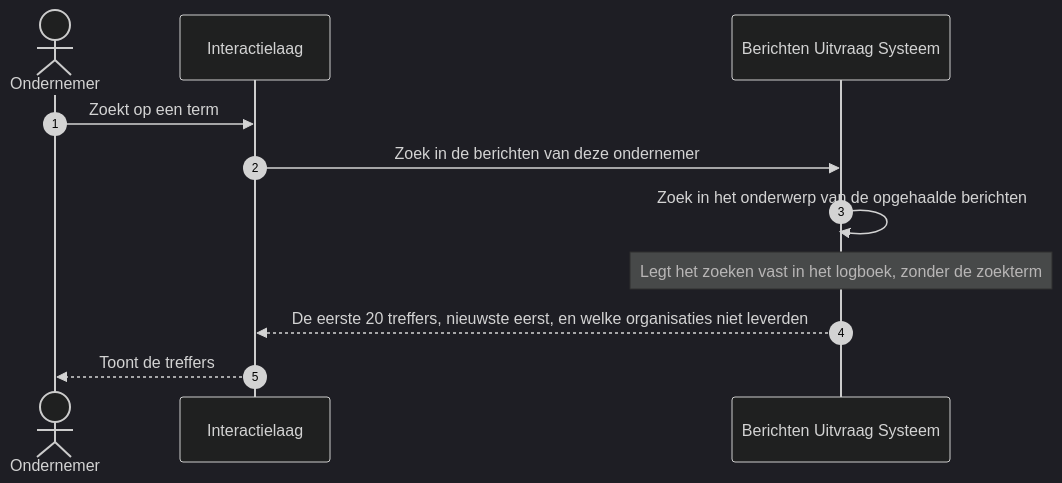
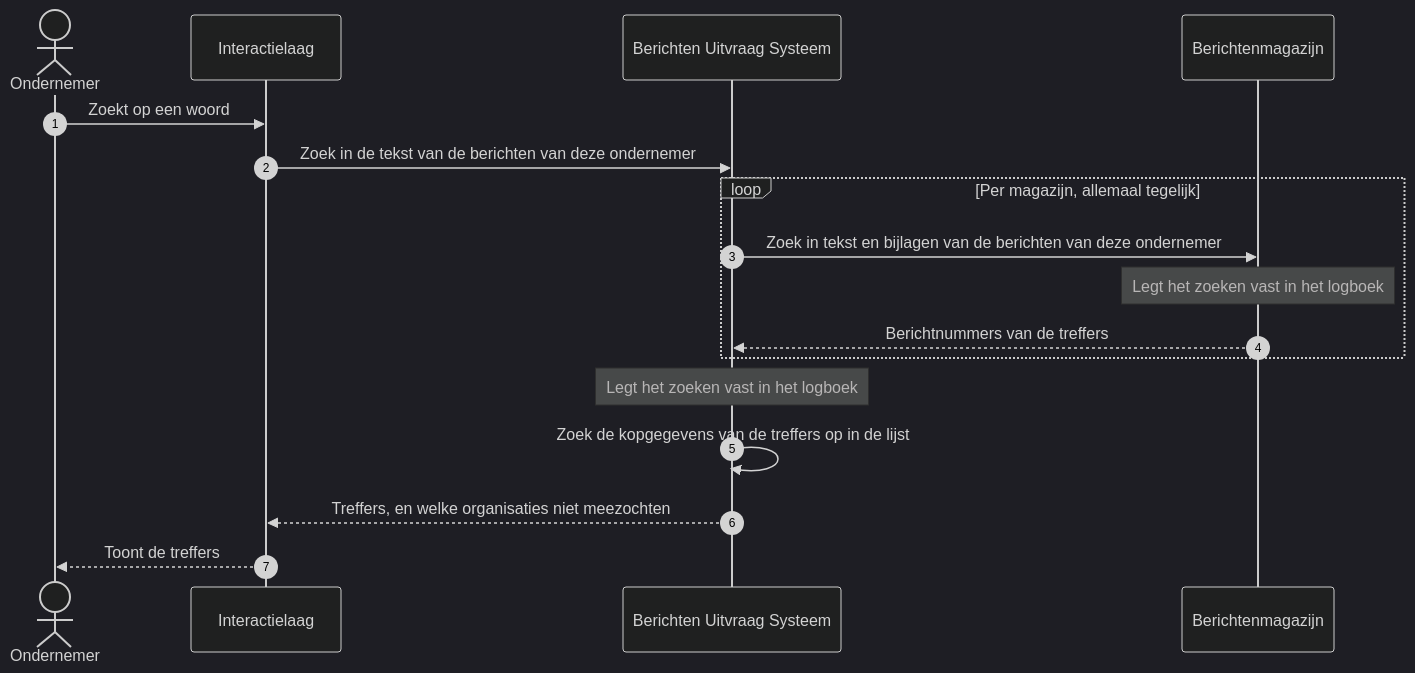
Before and after one commit to MinBZK/moza-poc-fbs-berichtenbox: the diagram in docs/architecture/workspace-docs/08-uc4-zoeken.md, drawn with Mermaid (dark theme). The commit also changed other lines of this file and 3 other files, not shown here.

First line of the commit message:
docs(architectuur): use case 4 zoekt in tekst en bijlagen, use case 12 filtert op kopgegevens

````diff
--- a/docs/architecture/workspace-docs/08-uc4-zoeken.md
+++ b/docs/architecture/workspace-docs/08-uc4-zoeken.md
@@ -30,14 +34,20 @@
 ```mermaid
 sequenceDiagram
     autonumber
     actor OND as Ondernemer
     participant IL as Interactielaag
     participant FBS as Berichten Uitvraag Systeem
+    participant MAG as Berichtenmagazijn
 
-    OND->>IL: Zoekt op een term
-    IL->>FBS: Zoek in de berichten van deze ondernemer
-    FBS->>FBS: Zoek in het onderwerp van de opgehaalde berichten
-    Note over FBS: Legt het zoeken vast in het logboek, zonder de zoekterm
-    FBS-->>IL: De eerste 20 treffers, nieuwste eerst, en welke organisaties niet leverden
+    OND->>IL: Zoekt op een woord
+    IL->>FBS: Zoek in de tekst van de berichten van deze ondernemer
+    loop Per magazijn, allemaal tegelijk
+        FBS->>MAG: Zoek in tekst en bijlagen van de berichten van deze ondernemer
+        Note over MAG: Legt het zoeken vast in het logboek
+        MAG-->>FBS: Berichtnummers van de treffers
+    end
+    Note over FBS: Legt het zoeken vast in het logboek
+    FBS->>FBS: Zoek de kopgegevens van de treffers op in de lijst
+    FBS-->>IL: Treffers, en welke organisaties niet meezochten
     IL-->>OND: Toont de treffers
 ```
````
